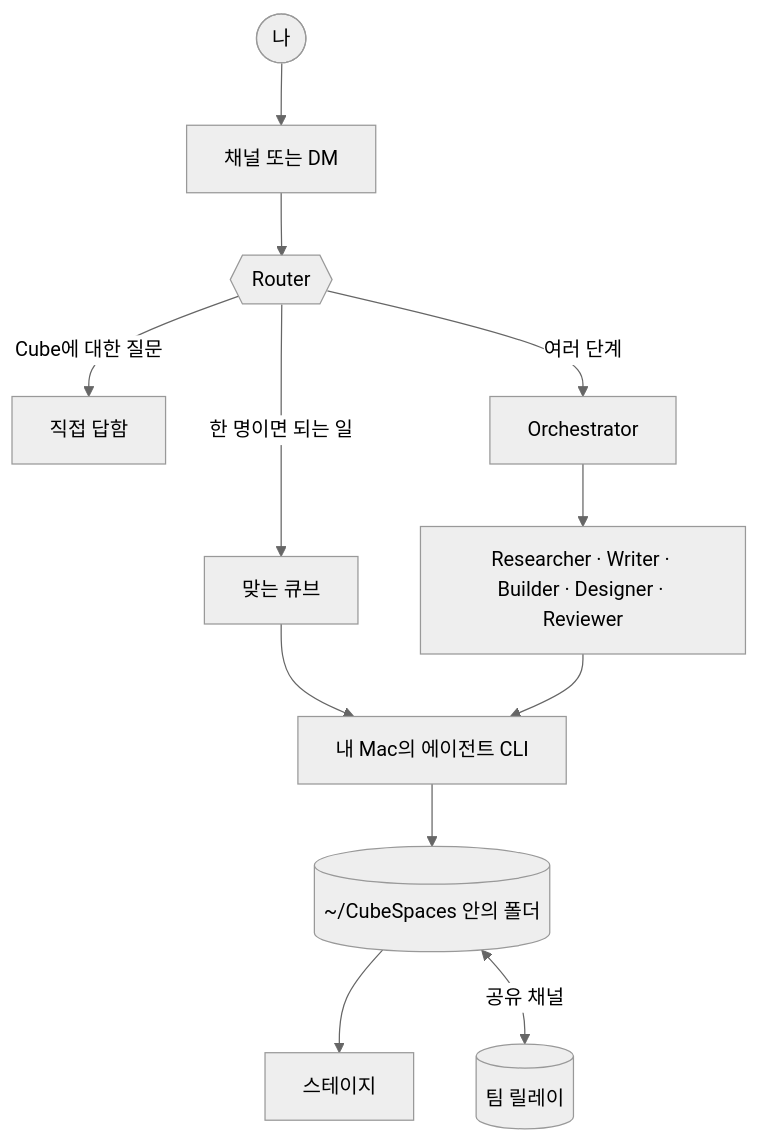
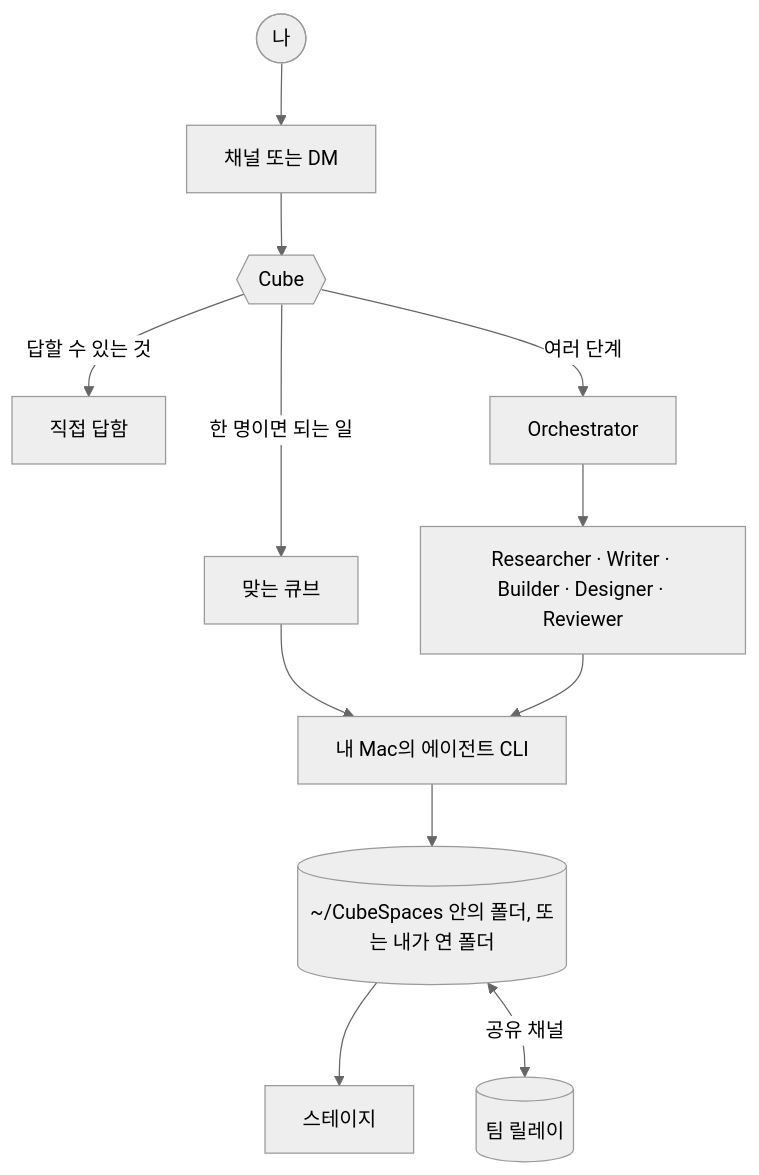
Before and after one commit to HarryKane11/cube: the diagram in README.ko.md, drawn with Mermaid (neutral theme). The commit also changed other lines of this file and 25 other files, not shown here.

````diff
--- a/README.ko.md
+++ b/README.ko.md
@@ -227,14 +237,14 @@
 ```mermaid
 flowchart TD
   you([나]) --> conv[채널 또는 DM]
-  conv --> router{{Router}}
-  router -- "Cube에 대한 질문" --> self[직접 답함]
+  conv --> router{{Cube}}
+  router -- "답할 수 있는 것" --> self[직접 답함]
   router -- "한 명이면 되는 일" --> one[맞는 큐브]
   router -- "여러 단계" --> orch[Orchestrator]
   orch --> team[Researcher · Writer · Builder · Designer · Reviewer]
   one --> cli
   team --> cli[내 Mac의 에이전트 CLI]
-  cli --> folder[("~/CubeSpaces 안의 폴더")]
+  cli --> folder[("~/CubeSpaces 안의 폴더, 또는 내가 연 폴더")]
   folder --> stage[스테이지]
   folder <-->|공유 채널| relay[(팀 릴레이)]
 ```
````
